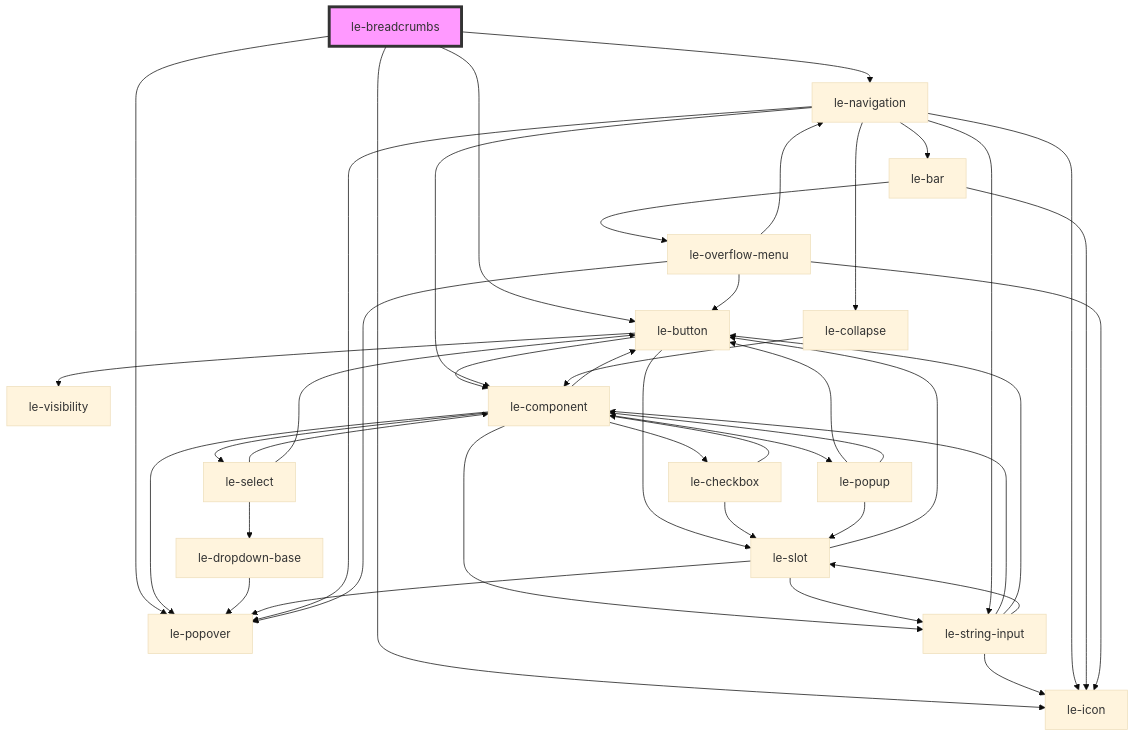
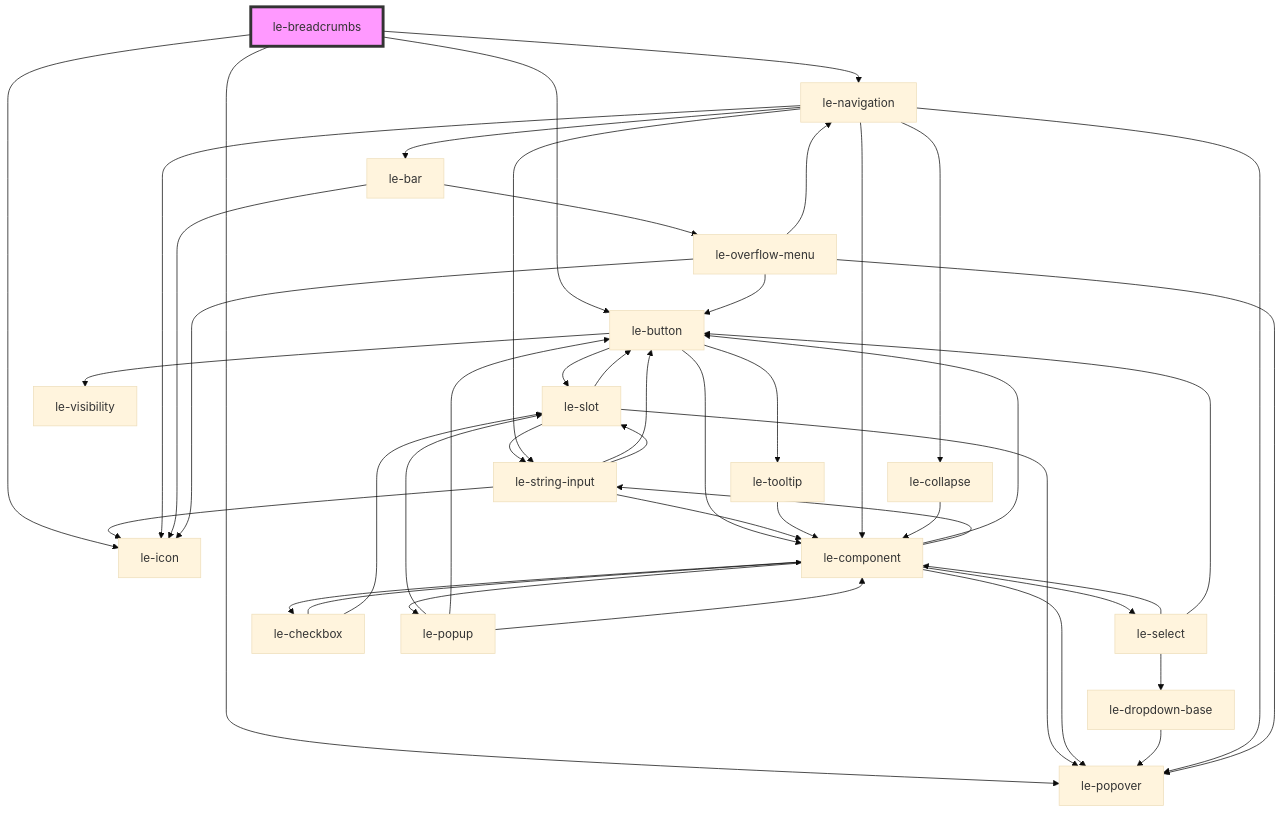
Before and after one commit to leechy/le-kit: the diagram in packages/core/src/components/le-breadcrumbs/readme.md, drawn with Mermaid (base theme). The commit also changed 37 other files, not shown here.

Commit message:
Add tooltip property to <le-button> to be able to display hints for the icon-only buttons

````diff
--- a/packages/core/src/components/le-breadcrumbs/readme.md
+++ b/packages/core/src/components/le-breadcrumbs/readme.md
@@ -36,46 +36,48 @@
 ```mermaid
 graph TD;
   le-breadcrumbs --> le-icon
   le-breadcrumbs --> le-button
   le-breadcrumbs --> le-popover
   le-breadcrumbs --> le-navigation
+  le-button --> le-slot
   le-button --> le-visibility
   le-button --> le-component
-  le-button --> le-slot
+  le-button --> le-tooltip
+  le-slot --> le-popover
+  le-slot --> le-button
+  le-slot --> le-string-input
+  le-string-input --> le-component
+  le-string-input --> le-button
+  le-string-input --> le-icon
+  le-string-input --> le-slot
   le-component --> le-button
   le-component --> le-select
   le-component --> le-checkbox
   le-component --> le-string-input
   le-component --> le-popover
   le-component --> le-popup
   le-select --> le-component
   le-select --> le-dropdown-base
   le-select --> le-button
   le-dropdown-base --> le-popover
   le-checkbox --> le-component
   le-checkbox --> le-slot
-  le-slot --> le-popover
-  le-slot --> le-button
-  le-slot --> le-string-input
-  le-string-input --> le-component
-  le-string-input --> le-button
-  le-string-input --> le-icon
-  le-string-input --> le-slot
   le-popup --> le-slot
   le-popup --> le-button
   le-popup --> le-component
+  le-tooltip --> le-component
   le-navigation --> le-string-input
   le-navigation --> le-icon
   le-navigation --> le-collapse
   le-navigation --> le-popover
   le-navigation --> le-bar
   le-navigation --> le-component
   le-collapse --> le-component
   le-bar --> le-icon
   le-bar --> le-overflow-menu
   le-overflow-menu --> le-navigation
   le-overflow-menu --> le-popover
   le-overflow-menu --> le-button
   le-overflow-menu --> le-icon
   style le-breadcrumbs fill:#f9f,stroke:#333,stroke-width:4px
 ```
````
